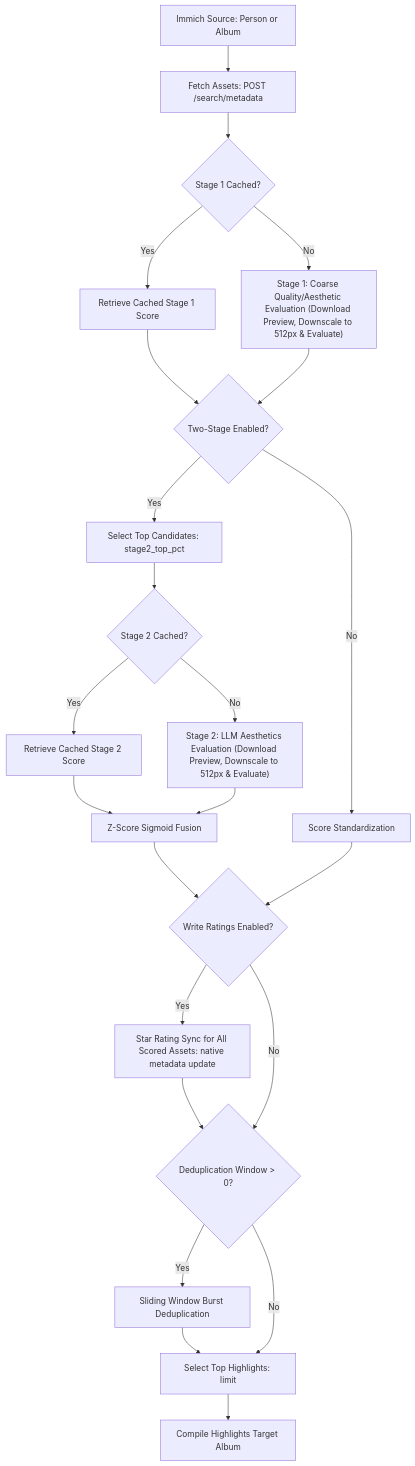
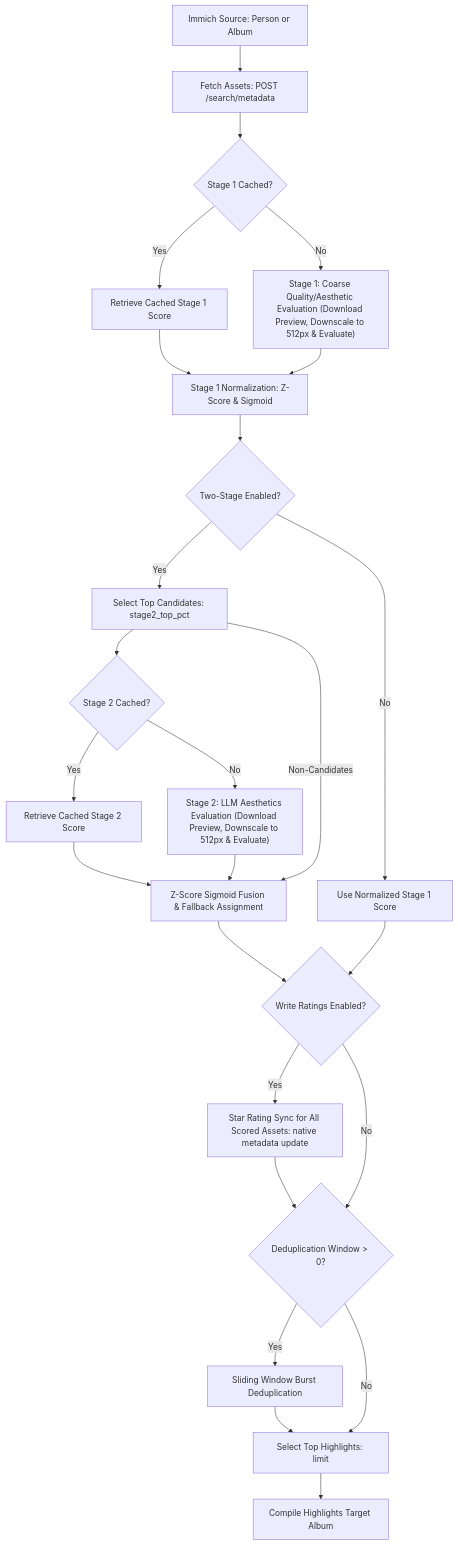
One commit to jbelew/immich-aesthetic-scorer changed the diagram in README.md. Above: the diagram before and after it, drawn with Mermaid. The commit also changed 1 other file, not shown here.

Commit message:
docs: add normalization and candidate branching detail to flow diagrams
- Add Stage 1 Normalization node before branching on Two-Stage Enabled?
- Add Non-Candidates path from Select Top Candidates directly to Z-Score Sigmoid Fusion & Fallback Assignment
- Update node L to represent both Fusion and Fallback Assignment

````diff
--- a/README.md
+++ b/README.md
@@ -17,35 +17,38 @@
 ```mermaid
 graph TD
     A[Immich Source: Person or Album] --> B[Fetch Assets: POST /search/metadata]
     B --> C{Stage 1 Cached?}
 
     C -->|Yes| D[Retrieve Cached Stage 1 Score]
     C -->|No| E["Stage 1: Coarse Quality/Aesthetic Evaluation (Download Preview, Downscale to 512px & Evaluate)"]
 
-    D --> F{Two-Stage Enabled?}
+    D --> F[Stage 1 Normalization: Z-Score & Sigmoid]
     E --> F
 
-    F -->|Yes| G[Select Top Candidates: stage2_top_pct]
-    G --> H{Stage 2 Cached?}
+    F --> G{Two-Stage Enabled?}
 
-    H -->|Yes| I[Retrieve Cached Stage 2 Score]
-    H -->|No| J["Stage 2: LLM Aesthetics Evaluation (Download Preview, Downscale to 512px & Evaluate)"]
+    G -->|Yes| H[Select Top Candidates: stage2_top_pct]
+    H --> I{Stage 2 Cached?}
 
-    I --> K[Z-Score Sigmoid Fusion]
-    J --> K
+    I -->|Yes| J[Retrieve Cached Stage 2 Score]
+    I -->|No| K["Stage 2: LLM Aesthetics Evaluation (Download Preview, Downscale to 512px & Evaluate)"]
 
-    F -->|No| L[Score Standardization]
+    J --> L[Z-Score Sigmoid Fusion & Fallback Assignment]
+    K --> L
+    H -->|Non-Candidates| L
 
-    K --> N{Write Ratings Enabled?}
-    L --> N
+    G -->|No| M[Use Normalized Stage 1 Score]
+
+    L --> N{Write Ratings Enabled?}
+    M --> N
 
     N -->|Yes| O[Star Rating Sync for All Scored Assets: native metadata update]
     O --> P{Deduplication Window > 0?}
     N -->|No| P
 
     P -->|Yes| Q[Sliding Window Burst Deduplication]
     Q --> R[Select Top Highlights: limit]
     P -->|No| R
 
     R --> S[Compile Highlights Target Album]
 ```
````
